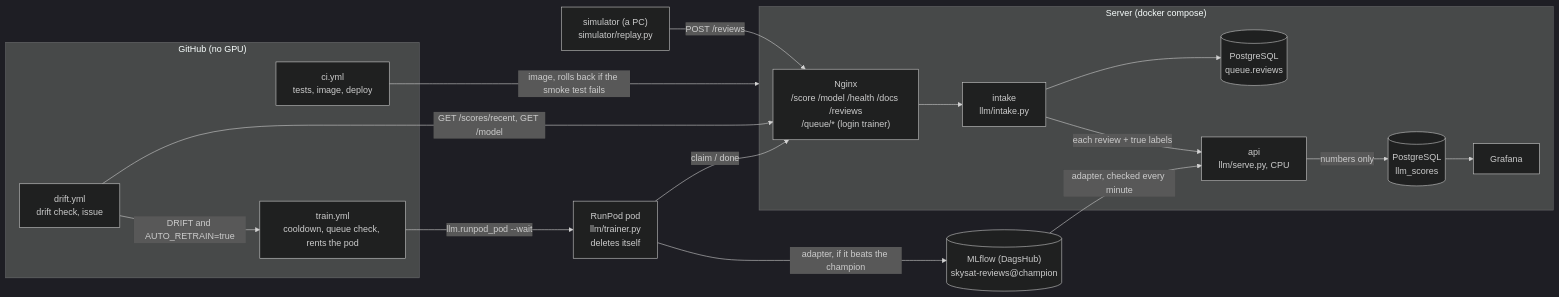
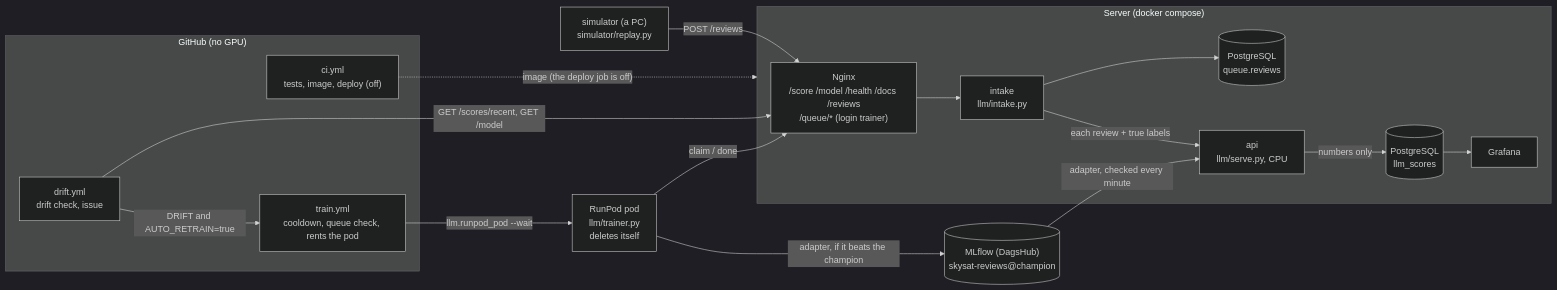
The diagram in docs/architecture.md (deensza/skysat-mlops), drawn with Mermaid (dark theme) before and after one commit. The commit also changed other lines of this file and 12 other files, not shown here.

````diff
--- a/docs/architecture.md
+++ b/docs/architecture.md
@@ -16,29 +17,29 @@
 ```mermaid
 flowchart LR
     sim["simulator (a PC)<br/>simulator/replay.py"]
     subgraph SRV["Server (docker compose)"]
         nginx["Nginx<br/>/score /model /health /docs /reviews<br/>/queue/* (login trainer)"]
         intake["intake<br/>llm/intake.py"]
         queue[("PostgreSQL<br/>queue.reviews")]
         api["api<br/>llm/serve.py, CPU"]
         pg[("PostgreSQL<br/>llm_scores")]
         grafana["Grafana"]
     end
     pod["RunPod pod<br/>llm/trainer.py<br/>deletes itself"]
     mlflow[("MLflow (DagsHub)<br/>skysat-reviews@champion")]
     subgraph GH["GitHub (no GPU)"]
-        ci["ci.yml<br/>tests, image, deploy"]
+        ci["ci.yml<br/>tests, image, deploy (off)"]
         drift["drift.yml<br/>drift check, issue"]
         train["train.yml<br/>cooldown, queue check, rents the pod"]
     end
     sim -- "POST /reviews" --> nginx --> intake --> queue
     intake -- "each review + true labels" --> api
     pod -- "claim / done" --> nginx
     pod -- "adapter, if it beats the champion" --> mlflow
     mlflow -- "adapter, checked every minute" --> api
     api -- "numbers only" --> pg --> grafana
     drift -- "GET /scores/recent, GET /model" --> nginx
     drift -- "DRIFT and AUTO_RETRAIN=true" --> train
     train -- "llm.runpod_pod --wait" --> pod
-    ci -- "image, rolls back if the smoke test fails" --> SRV
+    ci -. "image (the deploy job is off)" .-> SRV
 ```
````
